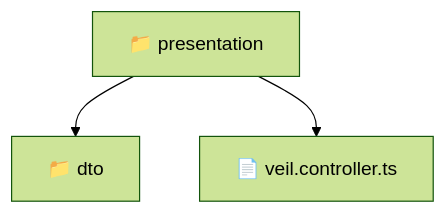
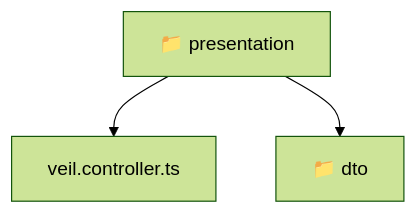
Before and after one commit to beginwebdev2002/fullstack-mavluda: the diagram in backend/src/modules/veil/presentation/README.md, drawn with Mermaid (forest theme). The commit also changed other lines of this file and 167 other files, not shown here.

````diff
--- a/backend/src/modules/veil/presentation/README.md
+++ b/backend/src/modules/veil/presentation/README.md
@@ -9,6 +9,8 @@
 ```mermaid
 graph TD
-  Root["📁 presentation"]
-  Root --> dto["📁 dto"]
-  Root --> veil_controller_ts["📄 veil.controller.ts"]
+  Root_presentation["📁 presentation"]
+  f_veil_controller_ts["veil.controller.ts"]
+  Root_presentation --> f_veil_controller_ts
+  f_dto["📁 dto"]
+  Root_presentation --> f_dto
 ```
````
